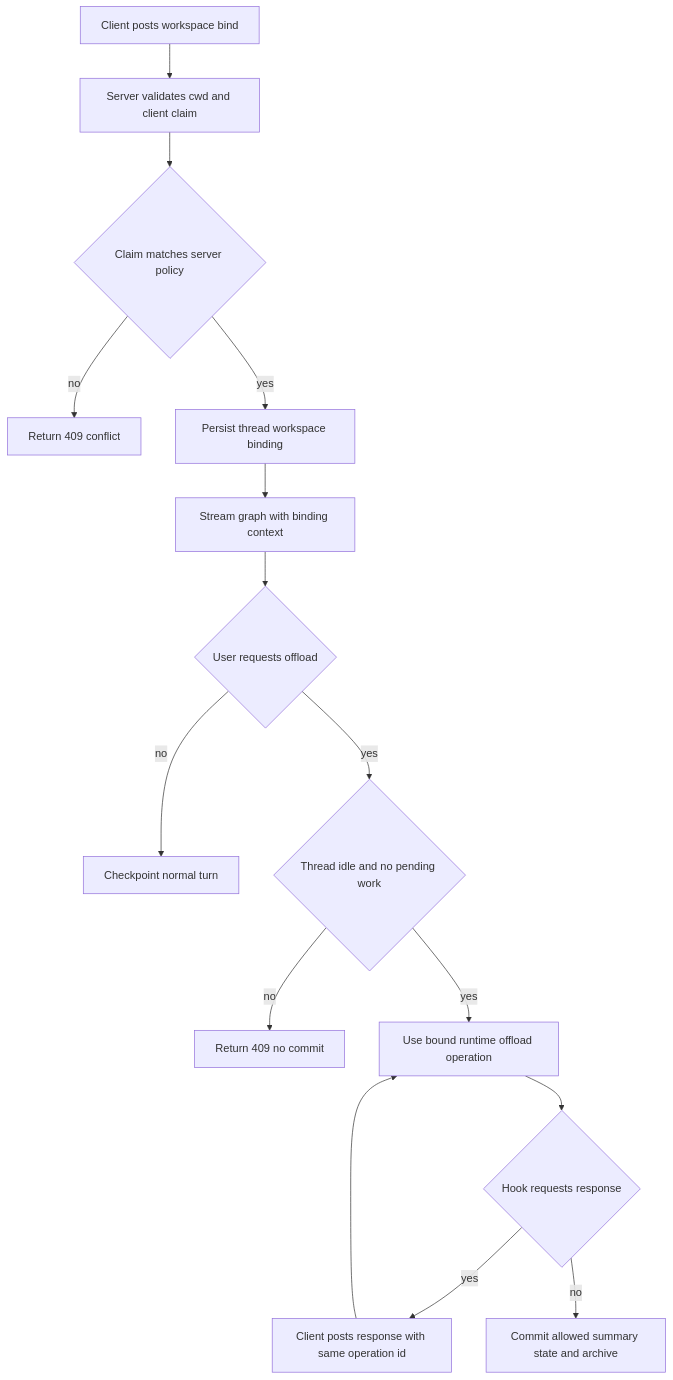
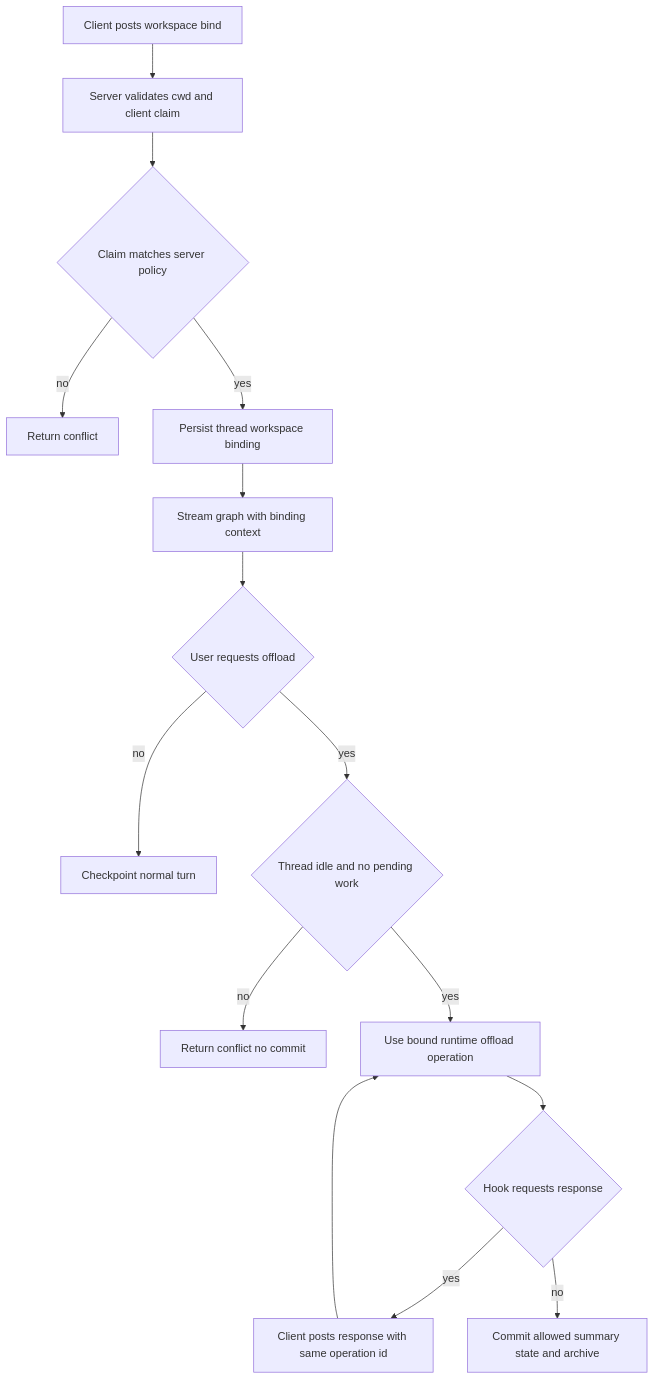
One commit to langchain-ai/deepagents changed the second of 2 diagrams in openwiki/workflows/run-dcode-session.md. Above: the diagram before and after it, drawn with Mermaid. The commit also changed other lines of this file and 39 other files, not shown here.

````diff
--- a/openwiki/workflows/run-dcode-session.md
+++ b/openwiki/workflows/run-dcode-session.md
@@ -128,17 +130,17 @@
 ```mermaid
 flowchart TD
     Start["Client posts workspace bind"] --> Validate["Server validates cwd and client claim"]
     Validate --> Claim{"Claim matches server policy"}
-    Claim -- no --> Bind409["Return 409 conflict"]
+    Claim -- no --> Bind409["Return conflict"]
     Claim -- yes --> Persist["Persist thread workspace binding"]
     Persist --> Run["Stream graph with binding context"]
     Run --> Offload{"User requests offload"}
     Offload -- no --> Checkpoint["Checkpoint normal turn"]
     Offload -- yes --> Idle{"Thread idle and no pending work"}
-    Idle -- no --> Offload409["Return 409 no commit"]
+    Idle -- no --> Offload409["Return conflict no commit"]
     Idle -- yes --> Compact["Use bound runtime offload operation"]
     Compact --> Hook{"Hook requests response"}
     Hook -- yes --> Replay["Client posts response with same operation id"]
     Replay --> Compact
     Hook -- no --> Commit["Commit allowed summary state and archive"]
 ```
````
